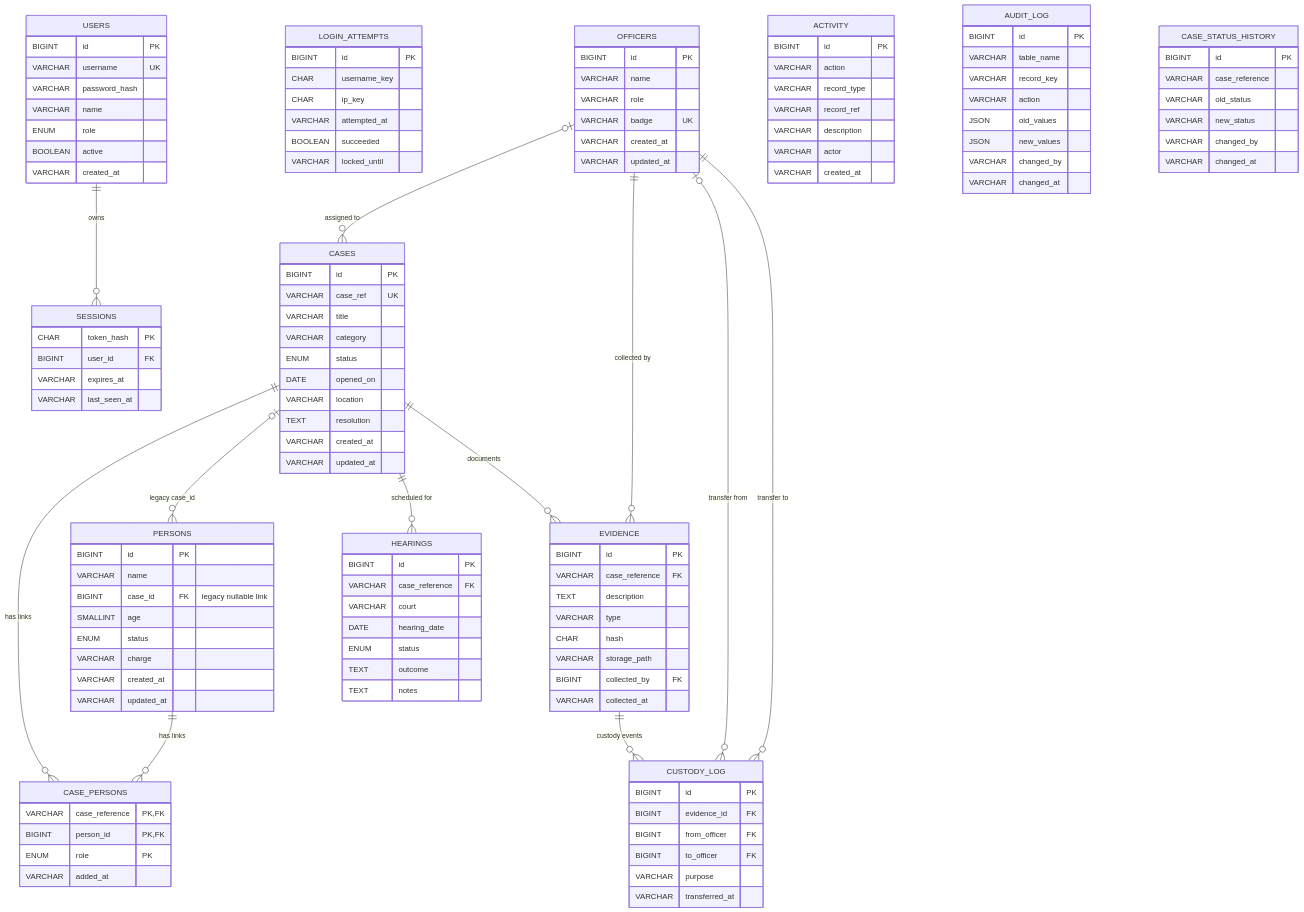
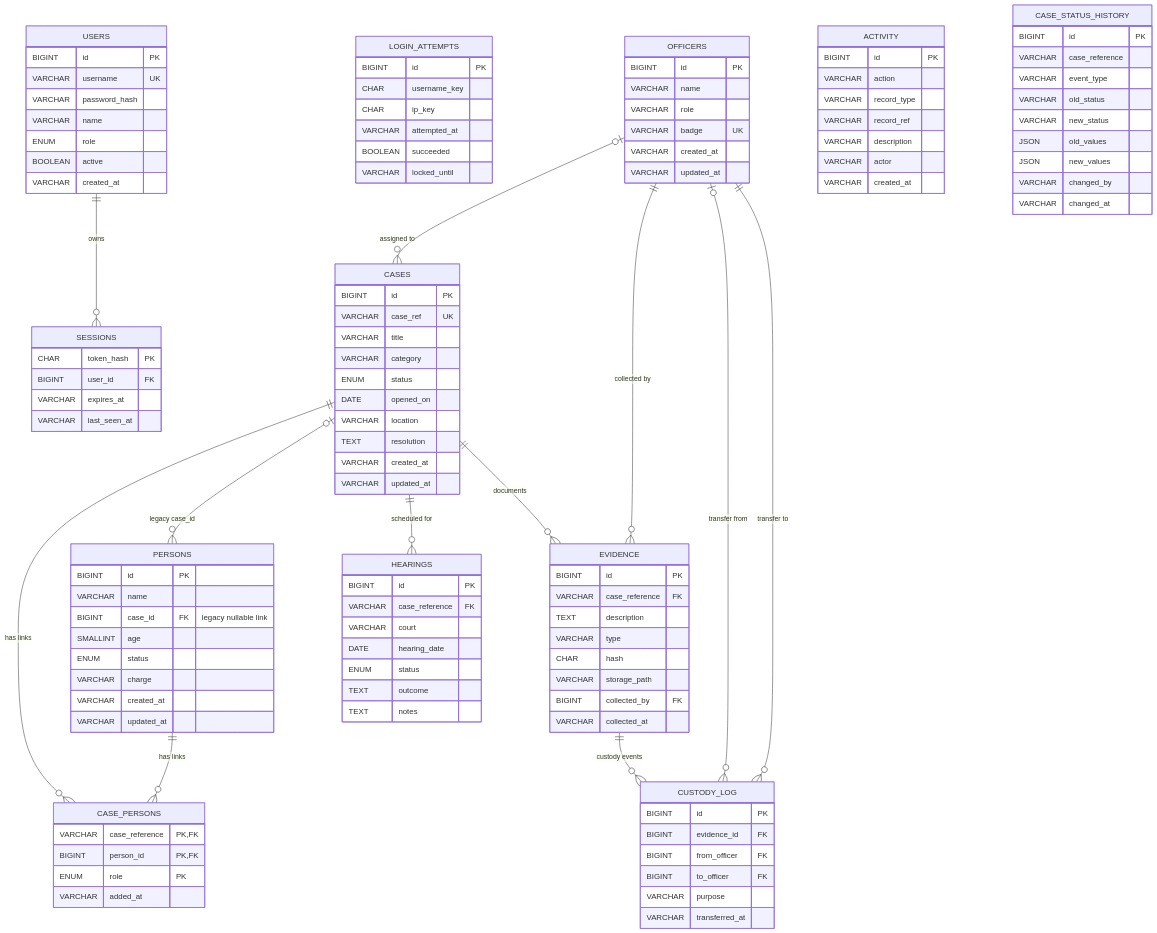
One commit to VenkatalakshmiRM/Crime-Record-Management changed the diagram in docs/ER_DIAGRAM.md. Above: the diagram before and after it, drawn with Mermaid. The commit also changed other lines of this file and 22 other files, not shown here.

```diff
--- a/docs/ER_DIAGRAM.md
+++ b/docs/ER_DIAGRAM.md
@@ -99,21 +99,14 @@
         VARCHAR actor
         VARCHAR created_at
     }
-    AUDIT_LOG {
-        BIGINT id PK
-        VARCHAR table_name
-        VARCHAR record_key
-        VARCHAR action
-        JSON old_values
-        JSON new_values
-        VARCHAR changed_by
-        VARCHAR changed_at
-    }
     CASE_STATUS_HISTORY {
         BIGINT id PK
         VARCHAR case_reference
+        VARCHAR event_type
         VARCHAR old_status
         VARCHAR new_status
+        JSON old_values
+        JSON new_values
         VARCHAR changed_by
         VARCHAR changed_at
     }
```
